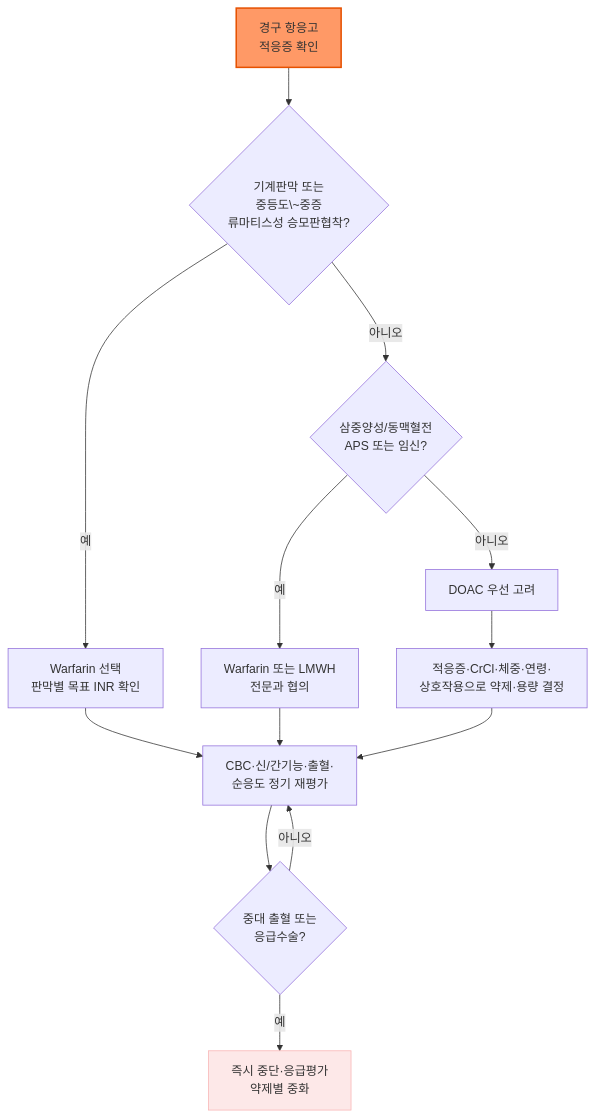
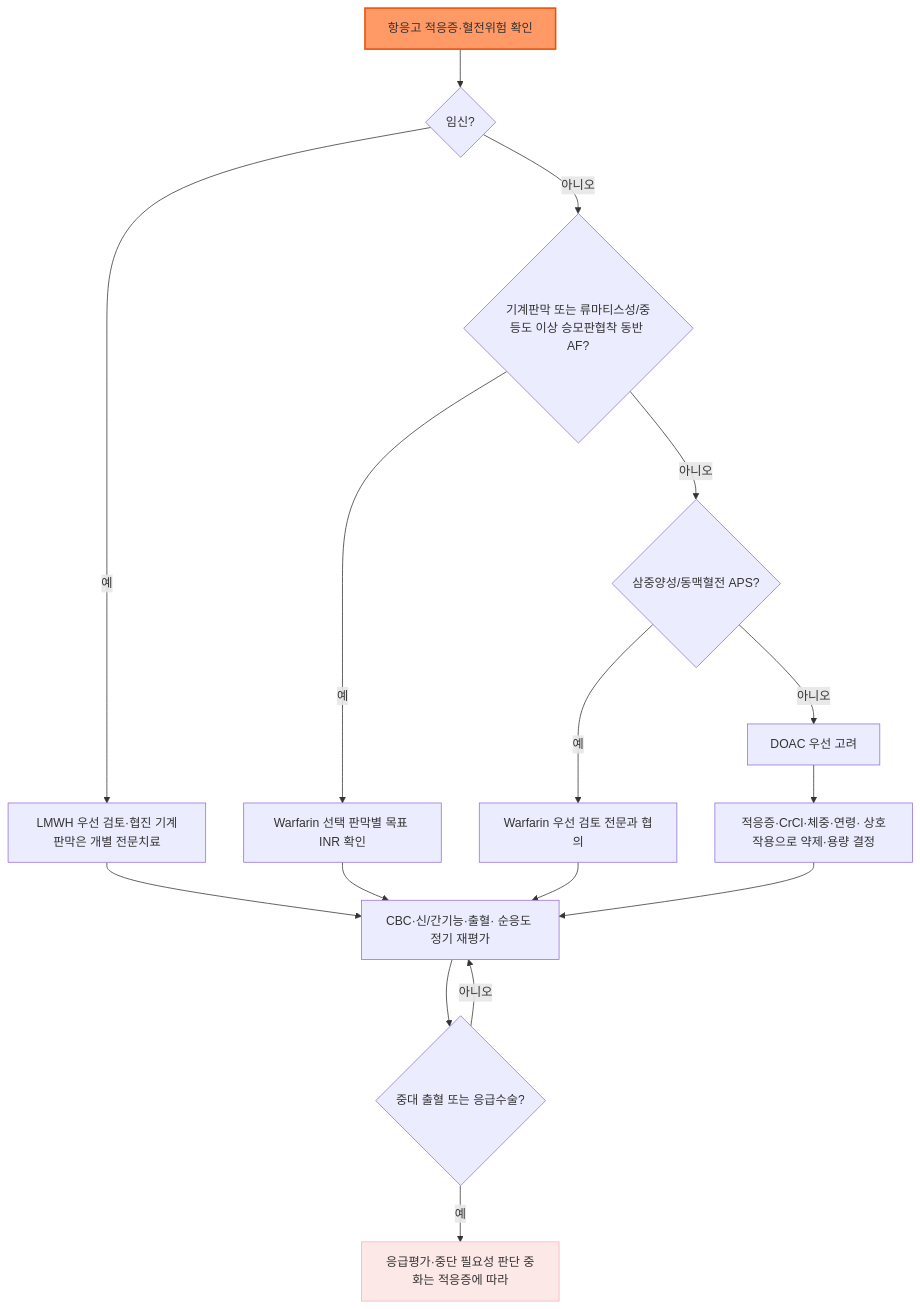
The diagram in 231_/214_-anti-thrombotics-anti-coagulants.md (familyoh77/familyoh77), drawn with Mermaid before and after one commit. The commit also changed other lines of this file and 5 other files, not shown here.

````diff
--- a/231_/214_-anti-thrombotics-anti-coagulants.md
+++ b/231_/214_-anti-thrombotics-anti-coagulants.md
@@ -76,18 +81,21 @@
 ```mermaid
 flowchart TD
-    A["경구 항응고<br>적응증 확인"] --> B{"기계판막 또는<br>중등도\~중증<br>류마티스성 승모판협착?"}
-    B -->|예| C["Warfarin 선택<br>판막별 목표 INR 확인"]
-    B -->|아니오| D{"삼중양성/동맥혈전<br>APS 또는 임신?"}
-    D -->|예| E["Warfarin 또는 LMWH<br>전문과 협의"]
+    A["항응고 적응증·혈전위험 확인"] --> P{"임신?"}
+    P -->|예| Q["LMWH 우선 검토·협진 기계판막은 개별 전문치료"]
+    P -->|아니오| B{"기계판막 또는 류마티스성/중등도 이상 승모판협착 동반 AF?"}
+    B -->|예| C["Warfarin 선택 판막별 목표 INR 확인"]
+    B -->|아니오| D{"삼중양성/동맥혈전 APS?"}
+    D -->|예| E["Warfarin 우선 검토 전문과 협의"]
     D -->|아니오| F["DOAC 우선 고려"]
-    F --> G["적응증·CrCl·체중·연령·<br>상호작용으로 약제·용량 결정"]
-    C --> H["CBC·신/간기능·출혈·<br>순응도 정기 재평가"]
+    F --> G["적응증·CrCl·체중·연령· 상호작용으로 약제·용량 결정"]
+    C --> H["CBC·신/간기능·출혈· 순응도 정기 재평가"]
     E --> H
+    Q --> H
     G --> H
-    H --> I{"중대 출혈 또는<br>응급수술?"}
-    I -->|예| J["즉시 중단·응급평가<br>약제별 중화"]
+    H --> I{"중대 출혈 또는 응급수술?"}
+    I -->|예| J["응급평가·중단 필요성 판단 중화는 적응증에 따라"]
     I -->|아니오| H
 
     style A fill:#f96,stroke:#e65100,stroke-width:2px
     style J fill:#fde8e8,stroke:#f8b4b4
 ```
````
